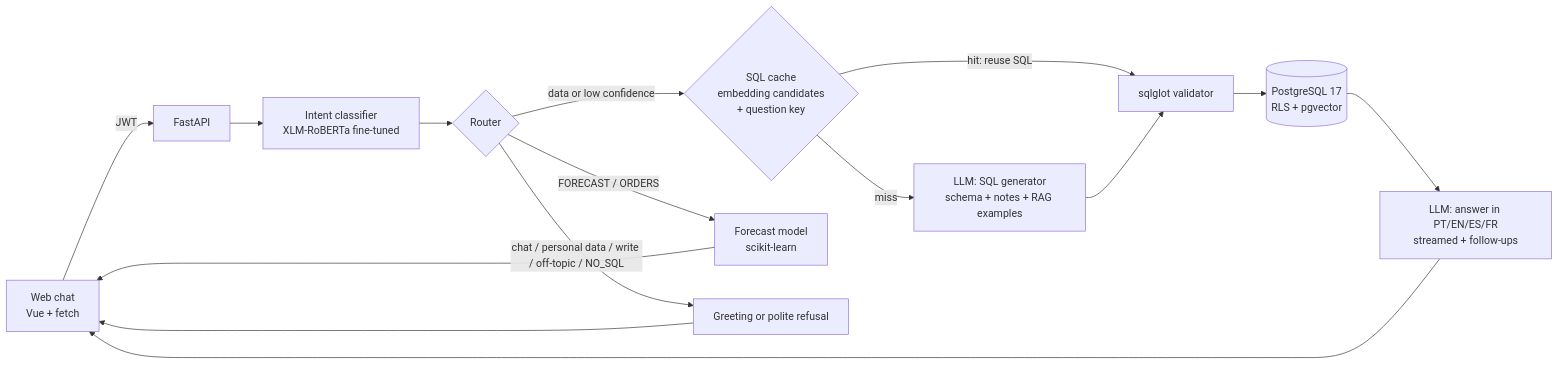
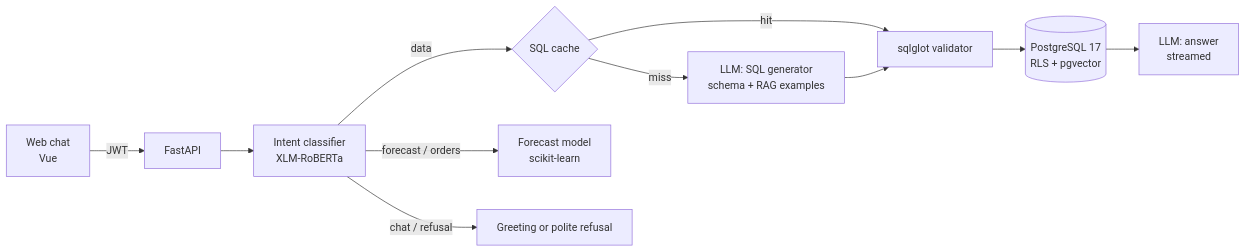
The diagram in README.md (PedroPinho17/multistore-ai-assistant), drawn with Mermaid before and after one commit. The commit also changed other lines of this file and 1 other file, not shown here.

````diff
--- a/README.md
+++ b/README.md
@@ -84,17 +54,13 @@
 ```mermaid
 flowchart LR
-    U[Web chat<br/>Vue + fetch] -->|JWT| API[FastAPI]
-    API --> C[Intent classifier<br/>XLM-RoBERTa fine-tuned]
-    C --> R{Router}
-    R -->|data or low confidence| SC{SQL cache<br/>embedding candidates<br/>+ question key}
-    SC -->|hit: reuse SQL| V
-    SC -->|miss| G[LLM: SQL generator<br/>schema + notes + RAG examples]
+    U[Web chat<br/>Vue] -->|JWT| API[FastAPI]
+    API --> C[Intent classifier<br/>XLM-RoBERTa]
+    C -->|data| SC{SQL cache}
+    SC -->|miss| G[LLM: SQL generator<br/>schema + RAG examples]
+    SC -->|hit| V
     G --> V[sqlglot validator]
     V --> DB[(PostgreSQL 17<br/>RLS + pgvector)]
-    DB --> A[LLM: answer in PT/EN/ES/FR<br/>streamed + follow-ups]
-    R -->|FORECAST / ORDERS| ML[Forecast model<br/>scikit-learn]
-    R -->|chat / personal data / write / off-topic / NO_SQL| REF[Greeting or polite refusal]
-    A --> U
-    ML --> U
-    REF --> U
+    DB --> A[LLM: answer<br/>streamed]
+    C -->|forecast / orders| ML[Forecast model<br/>scikit-learn]
+    C -->|chat / refusal| REF[Greeting or polite refusal]
 ```
````
